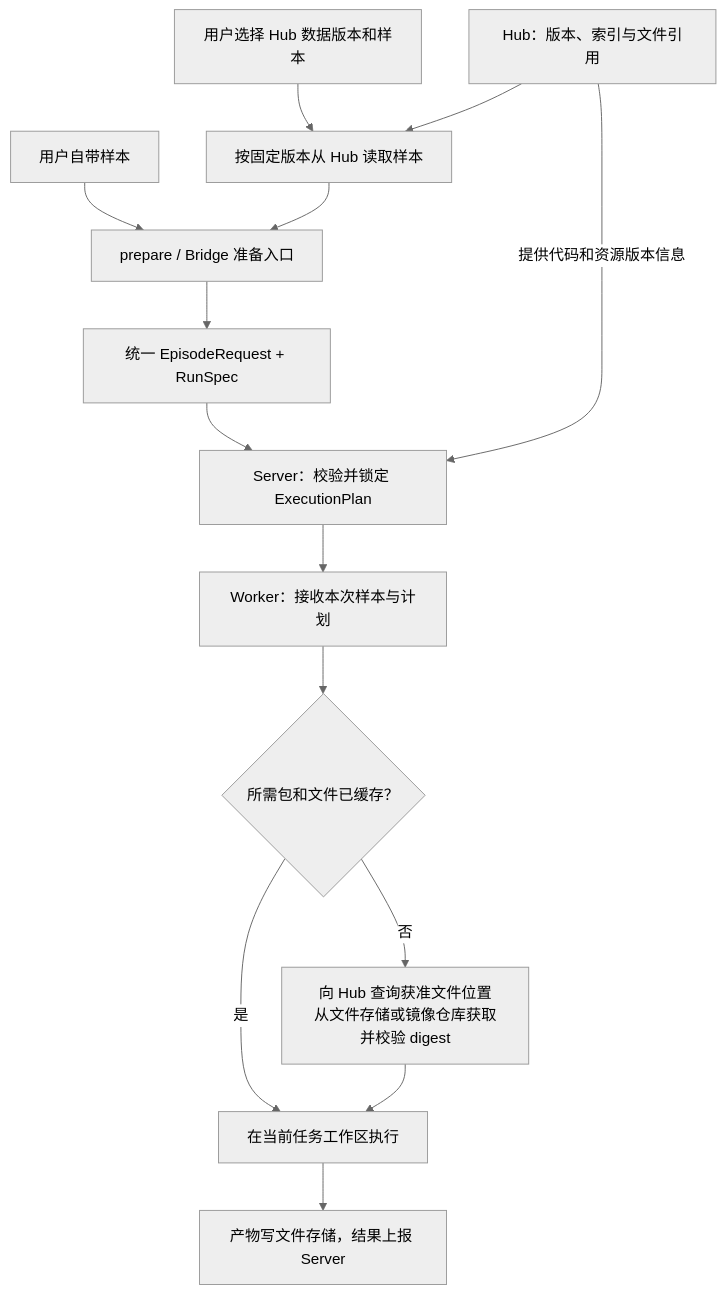
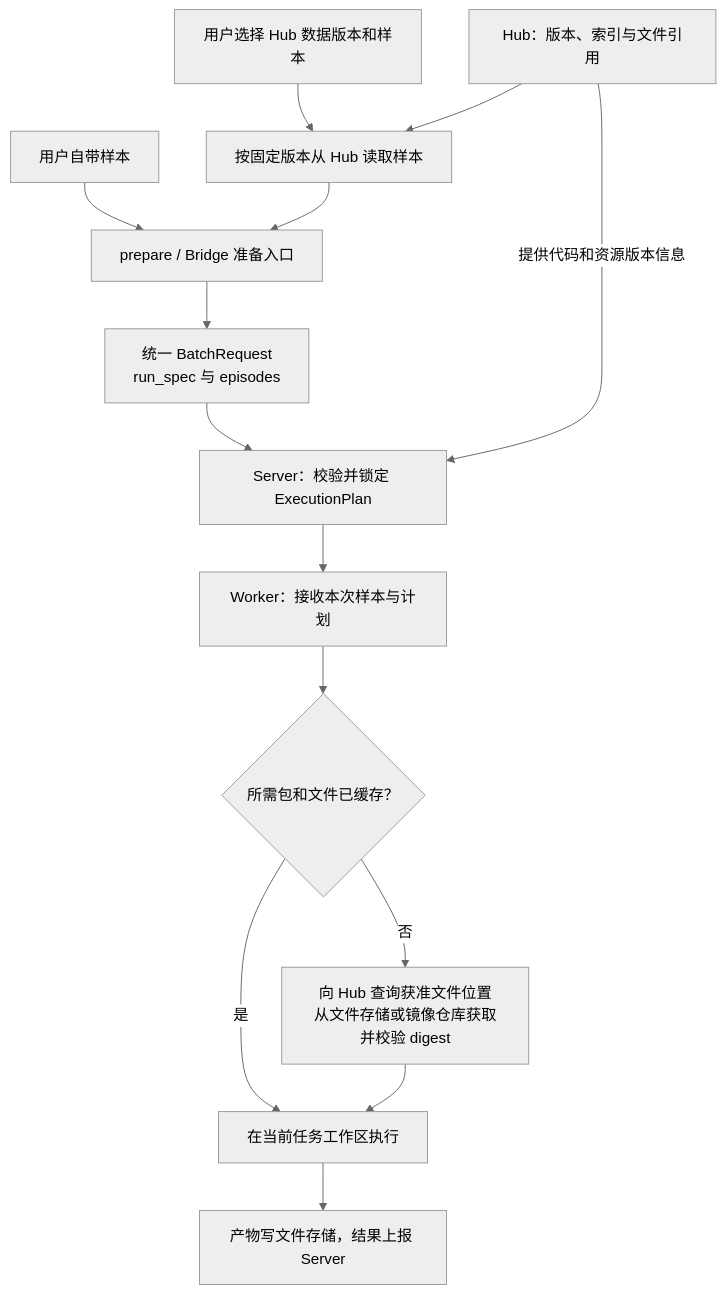
Diagram 16 of 16 in docs/uenv_design.md (audreyyan1015/uenv_design), drawn with Mermaid (neutral theme) before and after one commit. The commit also changed other lines of this file and 34 other files, not shown here.

Commit message:
Submit shared run configuration with each episode batch

````diff
--- a/docs/uenv_design.md
+++ b/docs/uenv_design.md
@@ -1010,16 +1016,16 @@
 ```mermaid
 flowchart TB
   OWN[用户自带样本] --> PREP[prepare / Bridge 准备入口]
   CHOOSE[用户选择 Hub 数据版本和样本] --> READ[按固定版本从 Hub 读取样本]
   HUB[Hub：版本、索引与文件引用] --> READ
   READ --> PREP
-  PREP --> REQUEST[统一 EpisodeRequest + RunSpec]
+  PREP --> REQUEST[统一 BatchRequest<br/>run_spec 与 episodes]
   REQUEST --> SERVER[Server：校验并锁定 ExecutionPlan]
   HUB -->|提供代码和资源版本信息| SERVER
   SERVER --> WORKER[Worker：接收本次样本与计划]
   WORKER --> CACHE{所需包和文件已缓存？}
   CACHE -->|否| FETCH[向 Hub 查询获准文件位置<br/>从文件存储或镜像仓库获取并校验 digest]
   CACHE -->|是| EXEC[在当前任务工作区执行]
   FETCH --> EXEC
   EXEC --> RESULT[产物写文件存储，结果上报 Server]
 ```
````
